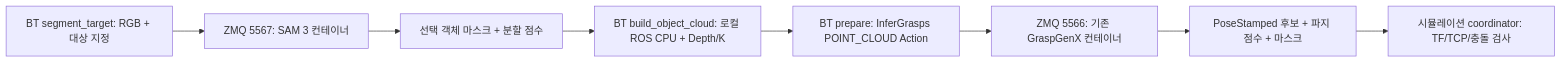
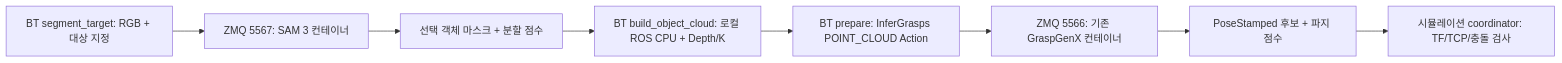
Before and after one commit to ggh-png/rwh_beyond: the diagram in docs/sam3-perception.md, drawn with Mermaid. The commit also changed other lines of this file and 4 other files, not shown here.

````diff
--- a/docs/sam3-perception.md
+++ b/docs/sam3-perception.md
@@ -8,10 +11,10 @@
 ```mermaid
 flowchart LR
   A[BT segment_target: RGB + 대상 지정] --> C[ZMQ 5567: SAM 3 컨테이너]
   C --> D[선택 객체 마스크 + 분할 점수]
   D --> E[BT build_object_cloud: 로컬 ROS CPU + Depth/K]
   E --> B[BT prepare: InferGrasps POINT_CLOUD Action]
   B --> F[ZMQ 5566: 기존 GraspGenX 컨테이너]
-  F --> G[PoseStamped 후보 + 파지 점수 + 마스크]
+  F --> G[PoseStamped 후보 + 파지 점수]
   G --> H[시뮬레이션 coordinator: TF/TCP/충돌 검사]
 ```
````
